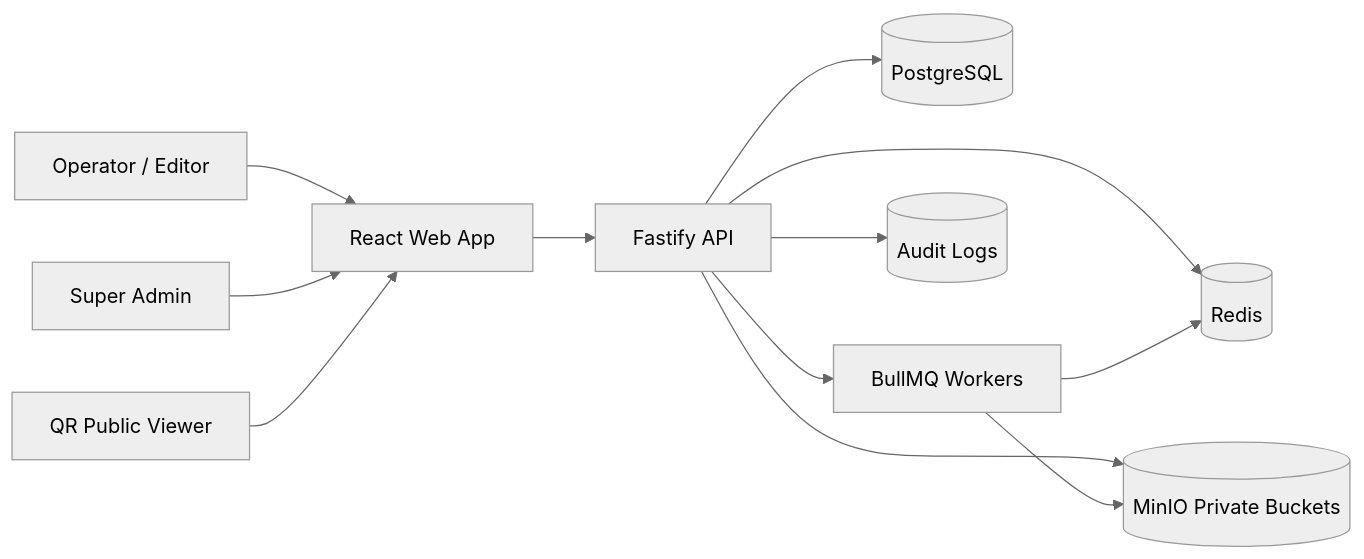
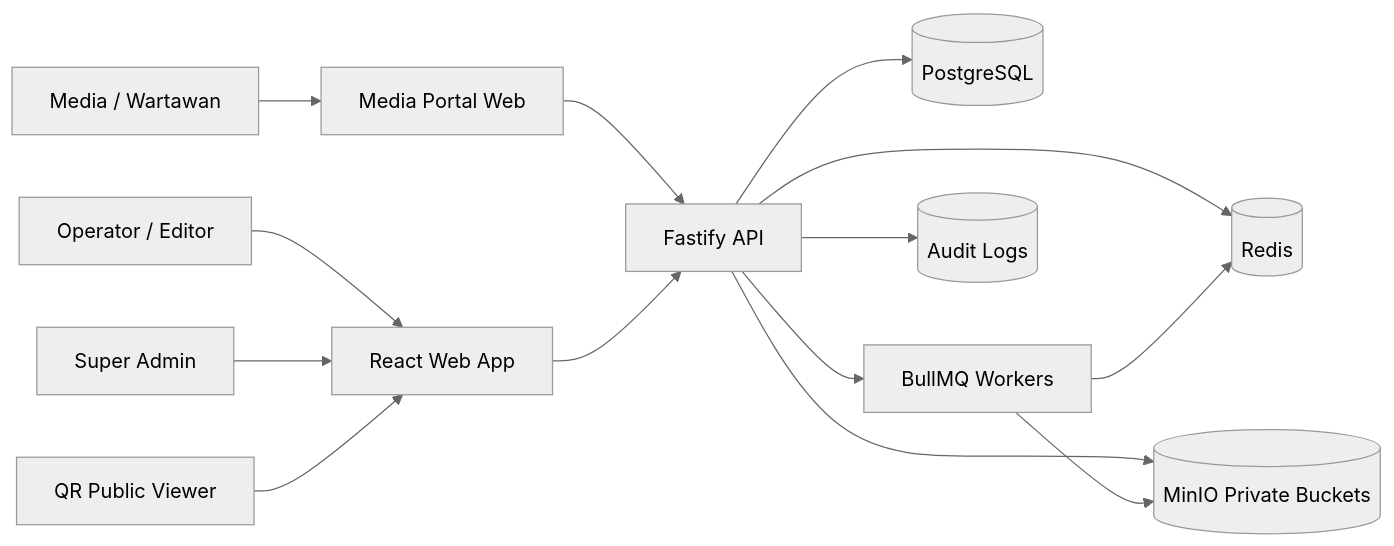
The first of 5 diagrams in docs/ARCHITECTURE.md (K1rigayakun/rekam_kominfo), drawn with Mermaid (neutral theme) before and after one commit. The commit also changed other lines of this file and 1 other file, not shown here.

Commit message:
docs: update architecture to include media portal and remove outdated handoff doc

````diff
--- a/docs/ARCHITECTURE.md
+++ b/docs/ARCHITECTURE.md
@@ -5,14 +5,16 @@
 ```mermaid
 flowchart LR
   Operator[Operator / Editor] --> Web[React Web App]
   Admin[Super Admin] --> Web
   Public[QR Public Viewer] --> Web
-  Web --> API[Fastify API]
+  Media[Media / Wartawan] --> MediaWeb[Media Portal Web]
+  MediaWeb --> API[Fastify API]
+  Web --> API
   API --> PG[(PostgreSQL)]
   API --> Redis[(Redis)]
   API --> MinIO[(MinIO Private Buckets)]
   API --> Queue[BullMQ Workers]
   Queue --> Redis
   Queue --> MinIO
   API --> Audit[(Audit Logs)]
 ```
````
